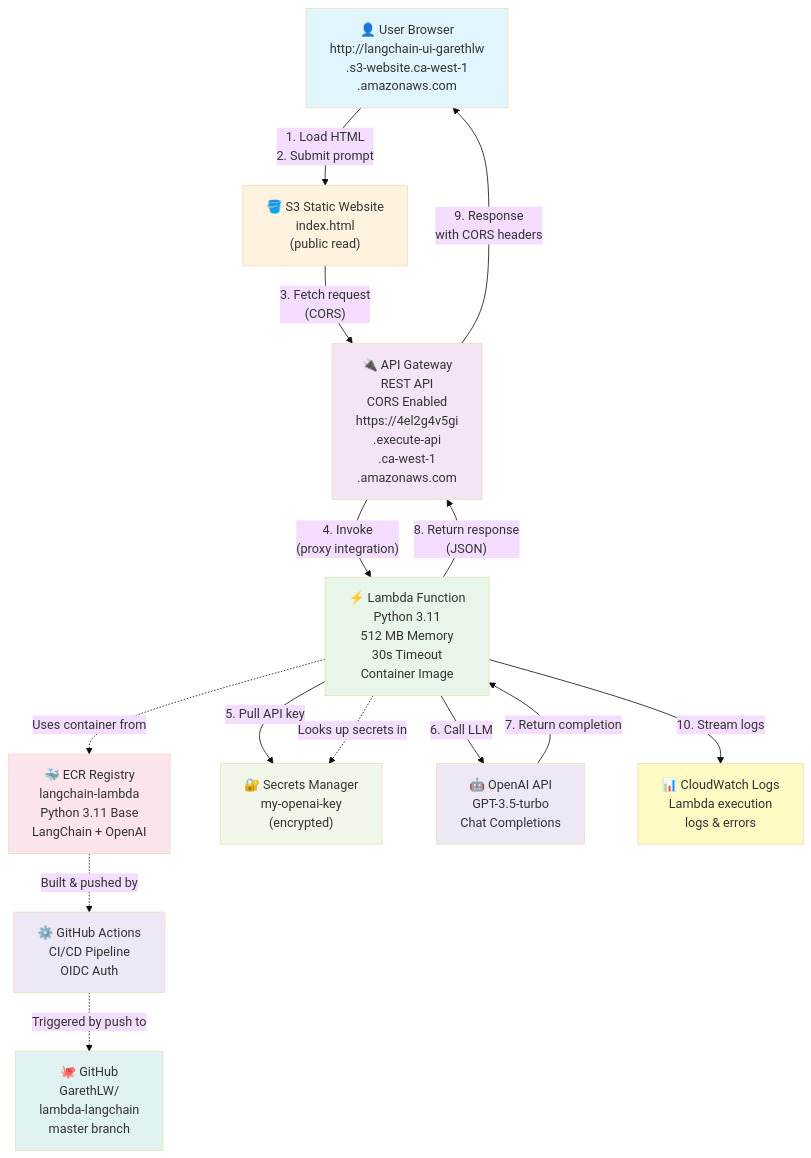
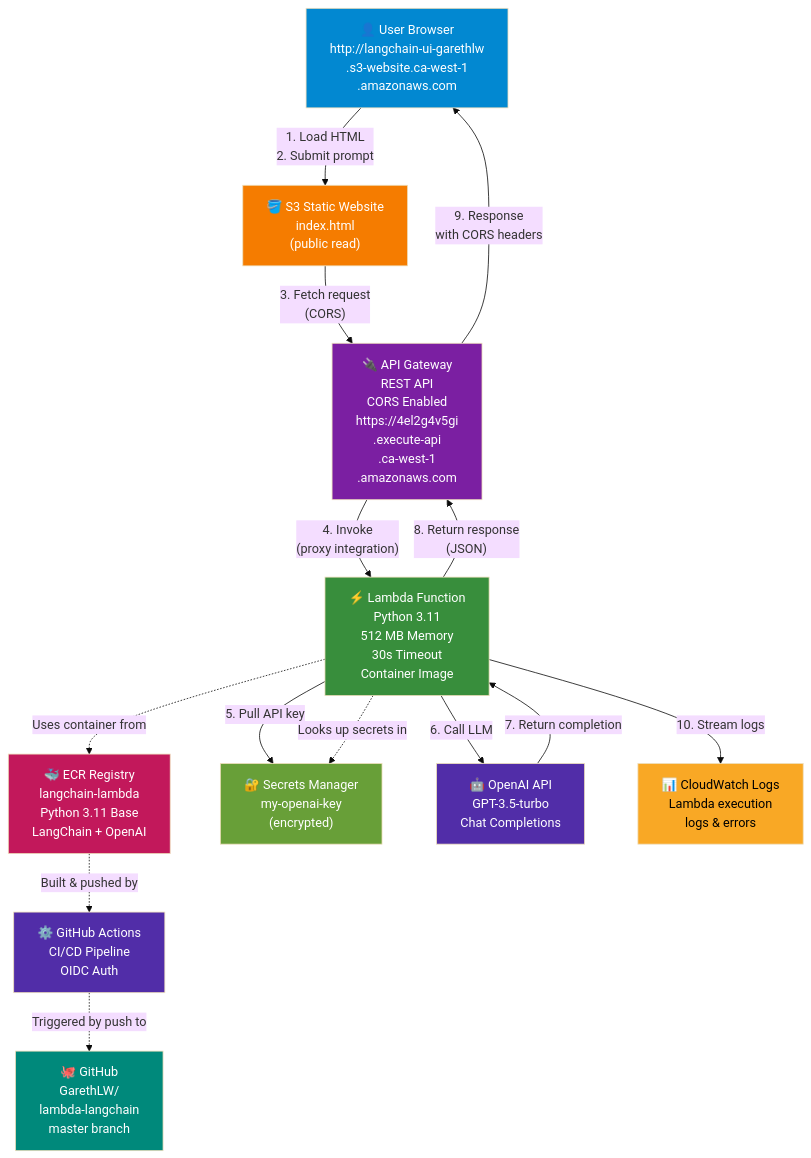
One commit to GarethLW/lambda-langchain changed the diagram in README.md. Above: the diagram before and after it, drawn with Mermaid (base theme).

Commit message:
Improve diagram contrast with darker backgrounds and white text

````diff
--- a/README.md
+++ b/README.md
@@ -7,48 +7,48 @@
 ```mermaid
 graph TB
     User["👤 User Browser<br/>http://langchain-ui-garethlw<br/>.s3-website.ca-west-1<br/>.amazonaws.com"]
     
     S3["🪣 S3 Static Website<br/>index.html<br/>(public read)"]
     
     APIGW["🔌 API Gateway<br/>REST API<br/>CORS Enabled<br/>https://4el2g4v5gi<br/>.execute-api<br/>.ca-west-1<br/>.amazonaws.com"]
     
     Lambda["⚡ Lambda Function<br/>Python 3.11<br/>512 MB Memory<br/>30s Timeout<br/>Container Image"]
     
     ECR["🐳 ECR Registry<br/>langchain-lambda<br/>Python 3.11 Base<br/>LangChain + OpenAI"]
     
     Secrets["🔐 Secrets Manager<br/>my-openai-key<br/>(encrypted)"]
     
     OpenAI["🤖 OpenAI API<br/>GPT-3.5-turbo<br/>Chat Completions"]
     
     Logs["📊 CloudWatch Logs<br/>Lambda execution<br/>logs & errors"]
     
     GitHub["🐙 GitHub<br/>GarethLW/<br/>lambda-langchain<br/>master branch"]
     
     GHA["⚙️ GitHub Actions<br/>CI/CD Pipeline<br/>OIDC Auth"]
     
     User -->|"1. Load HTML<br/>2. Submit prompt"| S3
     S3 -->|"3. Fetch request<br/>(CORS)"| APIGW
     APIGW -->|"4. Invoke<br/>(proxy integration)"| Lambda
     Lambda -->|"5. Pull API key"| Secrets
     Lambda -->|"6. Call LLM"| OpenAI
     OpenAI -->|"7. Return completion"| Lambda
     Lambda -->|"8. Return response<br/>(JSON)"| APIGW
     APIGW -->|"9. Response<br/>with CORS headers"| User
     Lambda -->|"10. Stream logs"| Logs
     
     Lambda -.->|"Uses container from"| ECR
     ECR -.->|"Built & pushed by"| GHA
     GHA -.->|"Triggered by push to"| GitHub
     Lambda -.->|"Looks up secrets in"| Secrets
     
-    style User fill:#e1f5ff
-    style S3 fill:#fff3e0
-    style APIGW fill:#f3e5f5
-    style Lambda fill:#e8f5e9
-    style ECR fill:#fce4ec
-    style Secrets fill:#f1f8e9
-    style OpenAI fill:#ede7f6
-    style Logs fill:#fff9c4
-    style GitHub fill:#e0f2f1
-    style GHA fill:#ede7f6
+    style User fill:#0288d1,color:#fff
+    style S3 fill:#f57c00,color:#fff
+    style APIGW fill:#7b1fa2,color:#fff
+    style Lambda fill:#388e3c,color:#fff
+    style ECR fill:#c2185b,color:#fff
+    style Secrets fill:#689f38,color:#fff
+    style OpenAI fill:#512da8,color:#fff
+    style Logs fill:#f9a825,color:#000
+    style GitHub fill:#00897b,color:#fff
+    style GHA fill:#512da8,color:#fff
 ```
````
